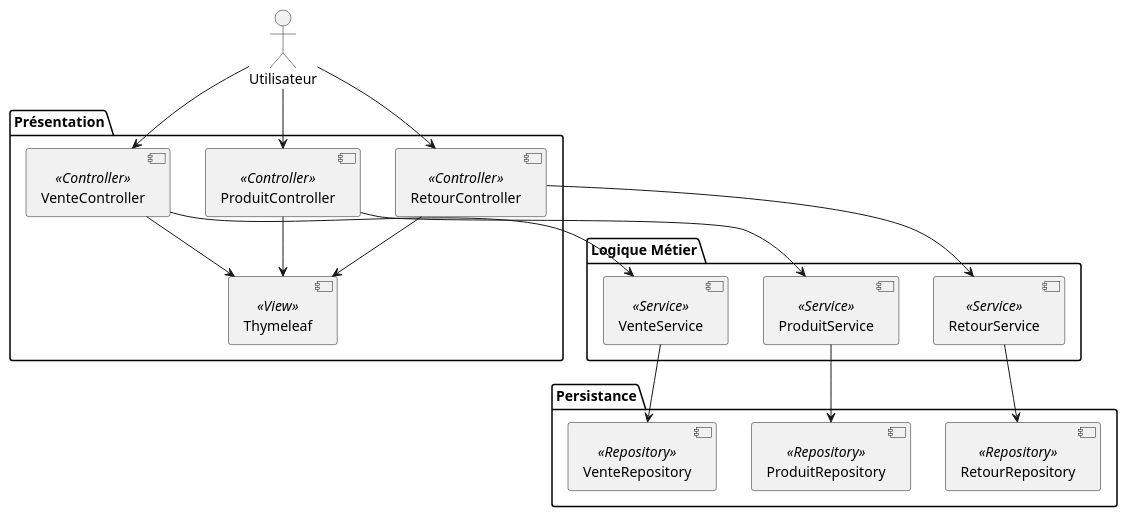
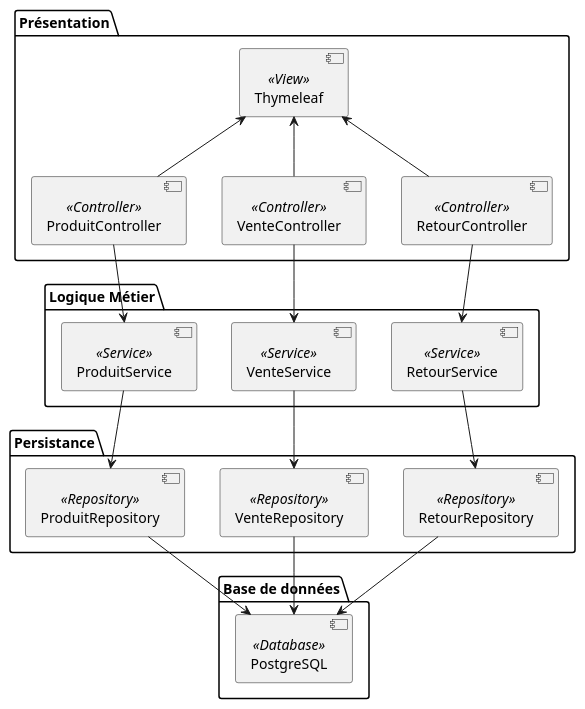
Before and after one commit to Anass1707/LOG430-labos: the diagram in docs/UML/diagrammeComposants.puml, drawn with PlantUML. The commit also changed 2 other files, not shown here.

Commit message:
maj doc (readme et diagramme de composants)

```diff
--- a/docs/UML/diagrammeComposants.puml
+++ b/docs/UML/diagrammeComposants.puml
@@ -1,39 +1,39 @@
 @startuml
-actor Utilisateur
 
 package "Présentation" {
   [ProduitController] <<Controller>>
   [VenteController] <<Controller>>
   [RetourController] <<Controller>>
   [Thymeleaf] <<View>>
 }
 
 package "Logique Métier" {
   [ProduitService] <<Service>>
   [VenteService] <<Service>>
   [RetourService] <<Service>>
 }
 
 package "Persistance" {
   [ProduitRepository] <<Repository>>
   [VenteRepository] <<Repository>>
   [RetourRepository] <<Repository>>
 }
-
-Utilisateur --> [ProduitController]
-Utilisateur --> [VenteController]
-Utilisateur --> [RetourController]
-
-[ProduitController] --> [Thymeleaf]
-[VenteController] --> [Thymeleaf]
-[RetourController] --> [Thymeleaf]
+package "Base de données" {
+  [PostgreSQL] <<Database>>
+}
+[ProduitController] -up-> [Thymeleaf]
+[VenteController] -up-> [Thymeleaf]
+[RetourController] -up-> [Thymeleaf]
 
 [ProduitController] --> [ProduitService]
 [VenteController] --> [VenteService]
 [RetourController] --> [RetourService]
 
 [ProduitService] --> [ProduitRepository]
 [VenteService] --> [VenteRepository]
 [RetourService] --> [RetourRepository]
 
+[ProduitRepository] --> [PostgreSQL]
+[VenteRepository] --> [PostgreSQL]
+[RetourRepository] --> [PostgreSQL]
 @enduml
```
